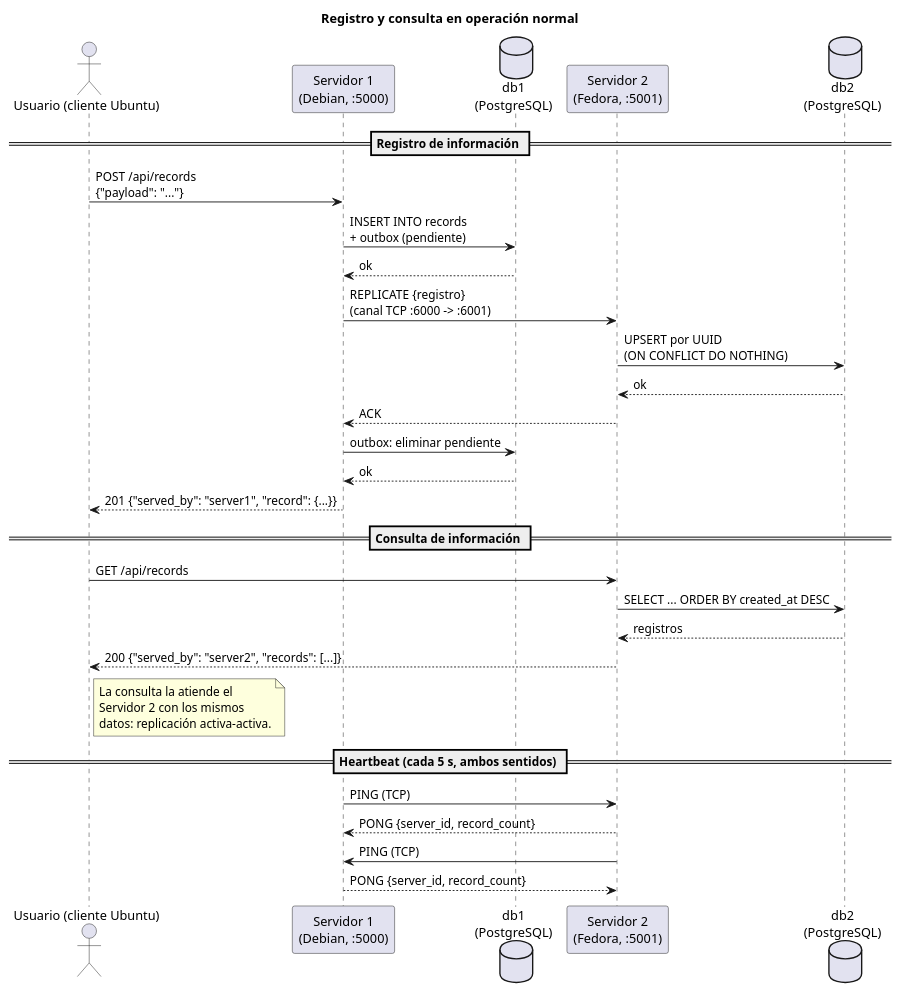
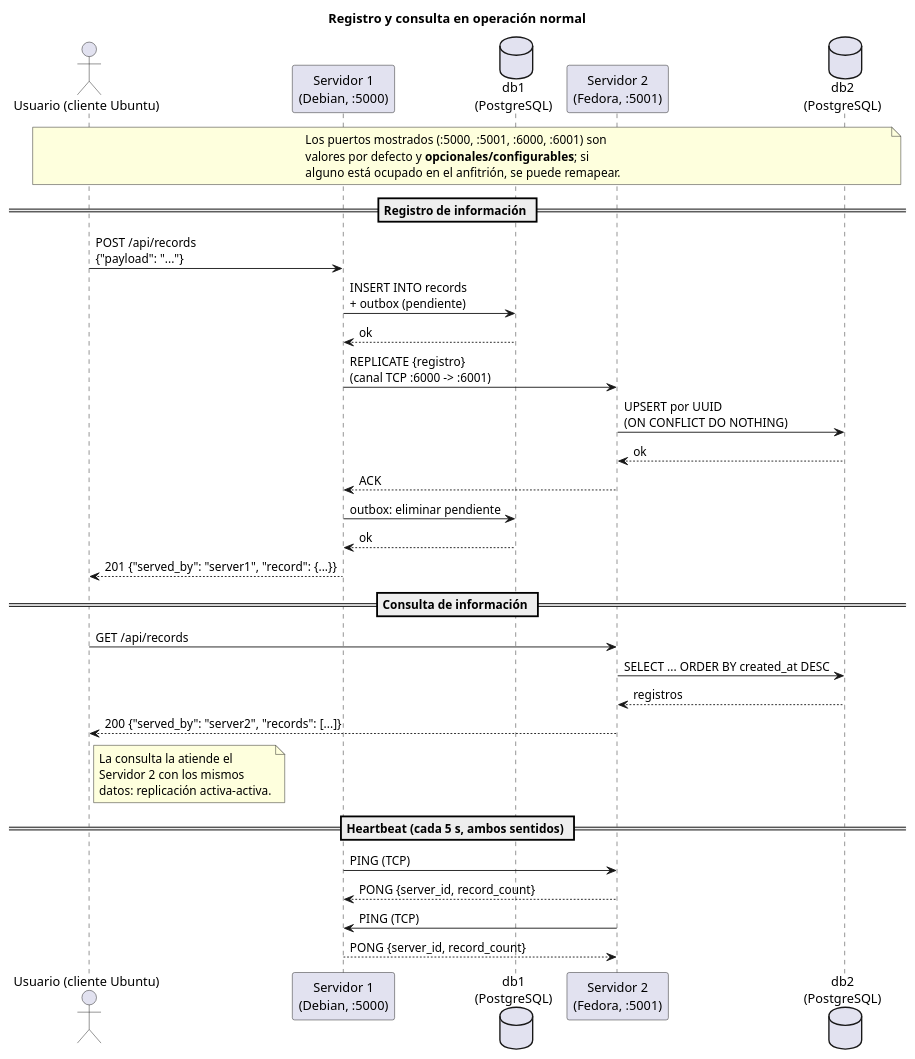
Before and after one commit to sebas-archive/servidores-y-bases-de-datos-distribuida: the diagram in docs/FASE-02/diagramas/secuencia-registro-consulta.puml, drawn with PlantUML. The commit also changed 2 other files, not shown here.

Commit message:
Actualizar diagramas UML para Fase 2

```diff
--- a/docs/FASE-02/diagramas/secuencia-registro-consulta.puml
+++ b/docs/FASE-02/diagramas/secuencia-registro-consulta.puml
@@ -1,44 +1,50 @@
 @startuml secuencia-registro-consulta
 ' Flujo de registro y consulta en operación normal — Fase 2
 ' Renderizar con PlantUML (plugin de VS Code o plantuml.jar)
 
 title Registro y consulta en operación normal
 
 actor "Usuario (cliente Ubuntu)" as c
 participant "Servidor 1\n(Debian, :5000)" as s1
 database "db1\n(PostgreSQL)" as d1
 participant "Servidor 2\n(Fedora, :5001)" as s2
 database "db2\n(PostgreSQL)" as d2
+
+note over c, d2
+  Los puertos mostrados (:5000, :5001, :6000, :6001) son
+  valores por defecto y **opcionales/configurables**; si
+  alguno está ocupado en el anfitrión, se puede remapear.
+end note
 
 == Registro de información ==
 
 c -> s1 : POST /api/records\n{"payload": "..."}
 s1 -> d1 : INSERT INTO records\n+ outbox (pendiente)
 d1 --> s1 : ok
 
 s1 -> s2 : REPLICATE {registro}\n(canal TCP :6000 -> :6001)
 s2 -> d2 : UPSERT por UUID\n(ON CONFLICT DO NOTHING)
 d2 --> s2 : ok
 s2 --> s1 : ACK
 s1 -> d1 : outbox: eliminar pendiente
 d1 --> s1 : ok
 
 s1 --> c : 201 {"served_by": "server1", "record": {...}}
 
 == Consulta de información ==
 
 c -> s2 : GET /api/records
 s2 -> d2 : SELECT ... ORDER BY created_at DESC
 d2 --> s2 : registros
 s2 --> c : 200 {"served_by": "server2", "records": [...]}
 
 note right of c : La consulta la atiende el\nServidor 2 con los mismos\ndatos: replicación activa-activa.
 
 == Heartbeat (cada 5 s, ambos sentidos) ==
 
 s1 -> s2 : PING (TCP)
 s2 --> s1 : PONG {server_id, record_count}
 s2 -> s1 : PING (TCP)
 s1 --> s2 : PONG {server_id, record_count}
 
 @enduml
```
